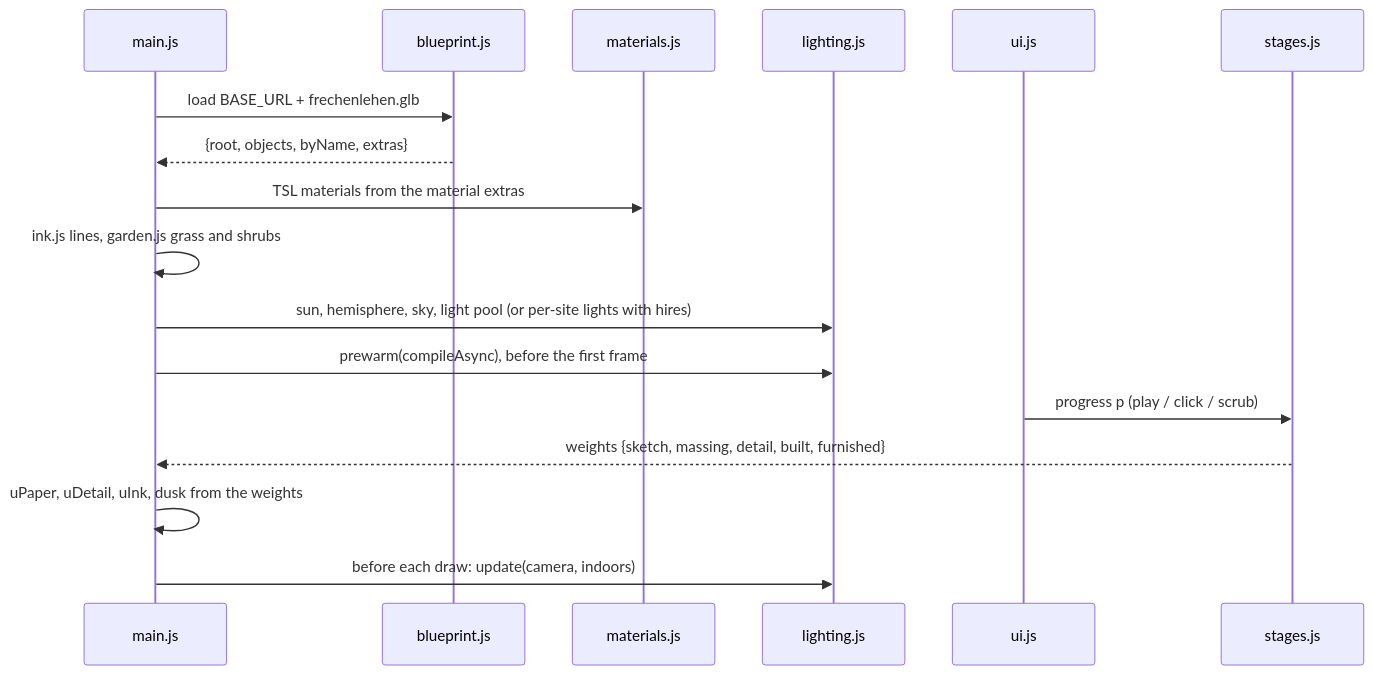
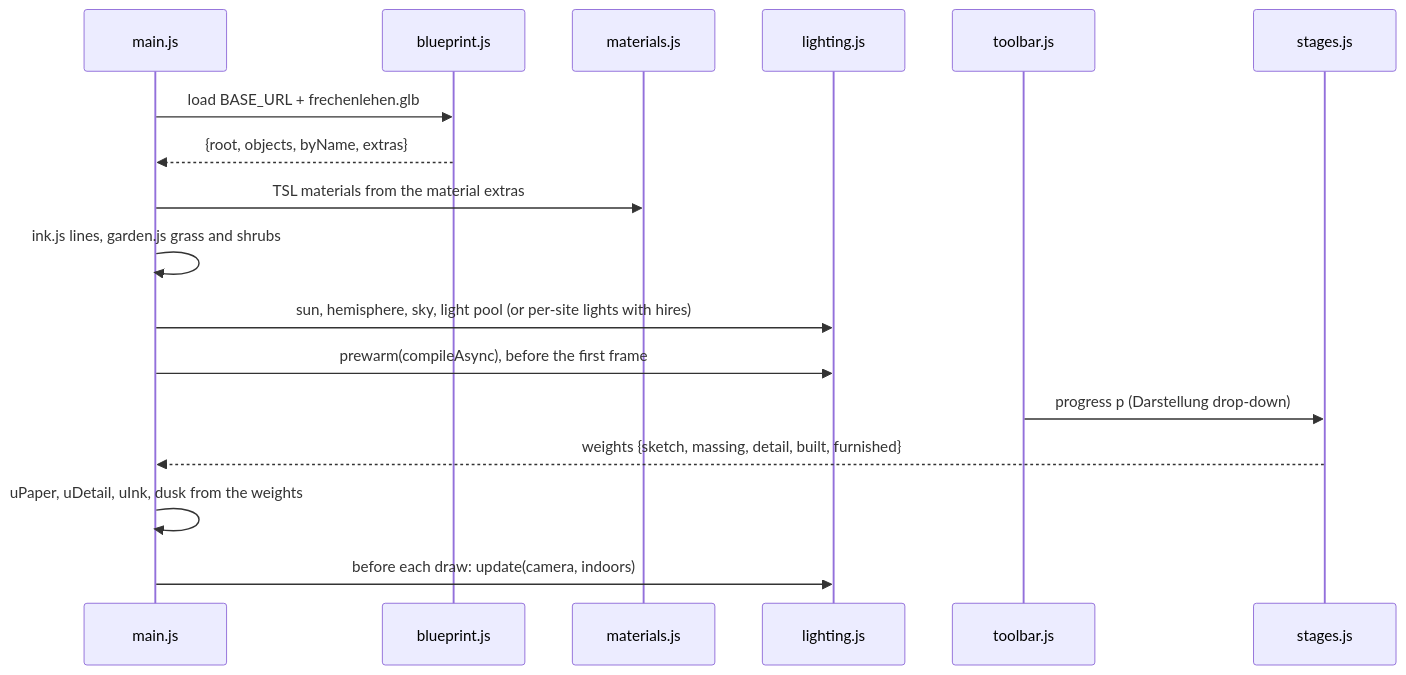
Before and after one commit to tillg/frechen_blender: the third of 4 diagrams in specs/system/architecture.md, drawn with Mermaid. The commit also changed other lines of this file and 8 other files, not shown here.

````diff
--- a/specs/system/architecture.md
+++ b/specs/system/architecture.md
@@ -230,19 +234,19 @@
 ```mermaid
 sequenceDiagram
     participant M as main.js
     participant L as blueprint.js
     participant Ma as materials.js
     participant Li as lighting.js
-    participant U as ui.js
+    participant U as toolbar.js
     participant S as stages.js
     M->>L: load BASE_URL + frechenlehen.glb
     L-->>M: {root, objects, byName, extras}
     M->>Ma: TSL materials from the material extras
     M->>M: ink.js lines, garden.js grass and shrubs
     M->>Li: sun, hemisphere, sky, light pool (or per-site lights with hires)
     M->>Li: prewarm(compileAsync), before the first frame
-    U->>S: progress p (play / click / scrub)
+    U->>S: progress p (Darstellung drop-down)
     S-->>M: weights {sketch, massing, detail, built, furnished}
     M->>M: uPaper, uDetail, uInk, dusk from the weights
     M->>Li: before each draw: update(camera, indoors)
 ```
````
